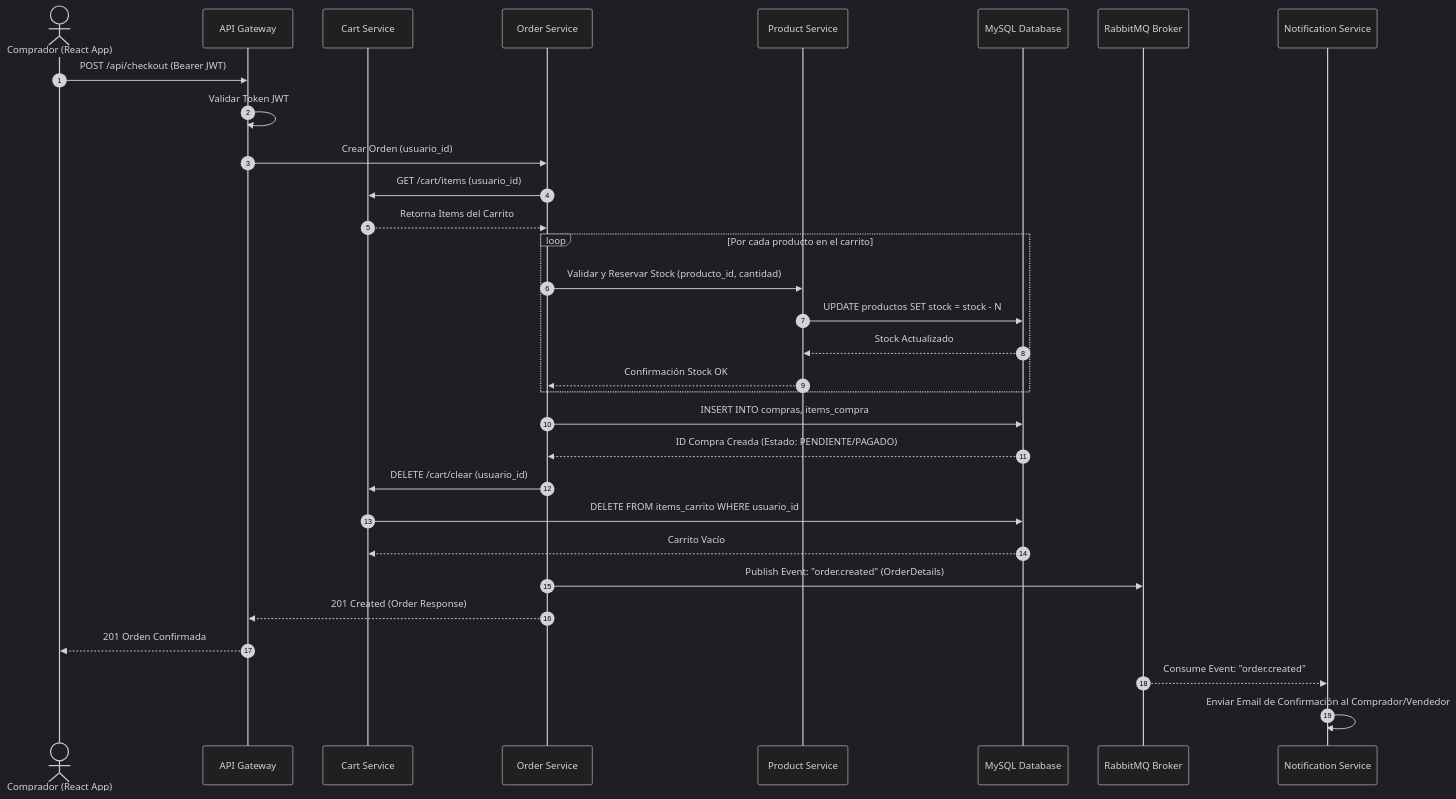
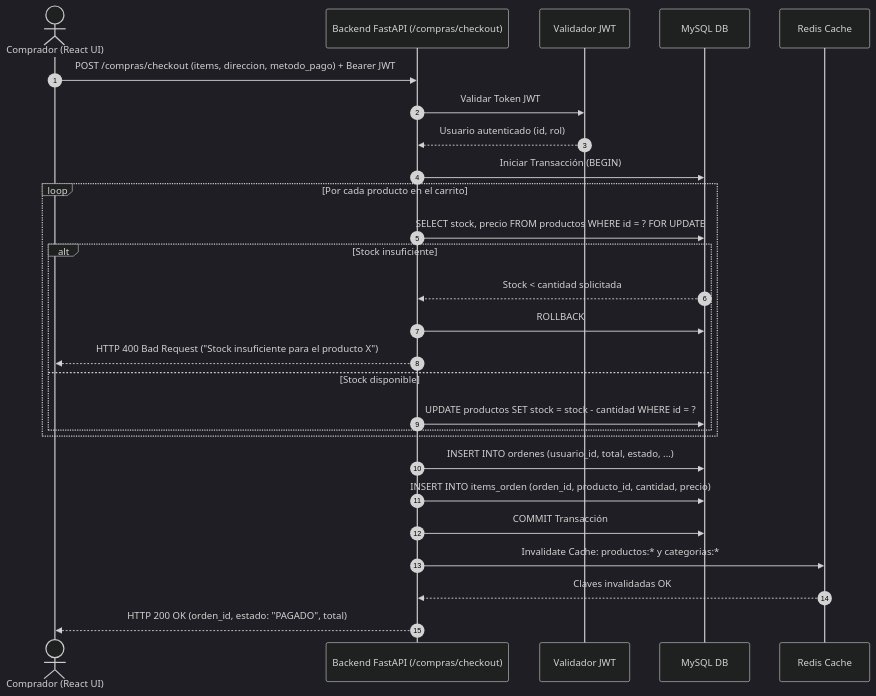
One commit to valerypena/proyectosena changed the fourth of 9 diagrams in docs/UML_DIAGRAMS.md. Above: the diagram before and after it, drawn with Mermaid (dark theme). The commit also changed other lines of this file and 10 other files, not shown here.

````diff
--- a/docs/UML_DIAGRAMS.md
+++ b/docs/UML_DIAGRAMS.md
@@ -294,40 +301,35 @@
 ```mermaid
 sequenceDiagram
     autonumber
-    actor Cliente as Comprador (React App)
-    participant Gateway as API Gateway
-    participant CartSvc as Cart Service
-    participant OrderSvc as Order Service
-    participant ProductSvc as Product Service
-    participant DB as MySQL Database
-    participant MQ as RabbitMQ Broker
-    participant NotifSvc as Notification Service
+    actor Cliente as Comprador (React UI)
+    participant API as Backend FastAPI (/compras/checkout)
+    participant Auth as Validador JWT
+    participant DB as MySQL DB
+    participant Cache as Redis Cache
 
-    Cliente->>Gateway: POST /api/checkout (Bearer JWT)
-    Gateway->>Gateway: Validar Token JWT
-    Gateway->>OrderSvc: Crear Orden (usuario_id)
-
-    OrderSvc->>CartSvc: GET /cart/items (usuario_id)
-    CartSvc-->>OrderSvc: Retorna Items del Carrito
-
+    Cliente->>API: POST /compras/checkout (items, direccion, metodo_pago) + Bearer JWT
+    API->>Auth: Validar Token JWT
+    Auth-->>API: Usuario autenticado (id, rol)
+    
+    API->>DB: Iniciar Transacción (BEGIN)
+    
     loop Por cada producto en el carrito
-        OrderSvc->>ProductSvc: Validar y Reservar Stock (producto_id, cantidad)
-        ProductSvc->>DB: UPDATE productos SET stock = stock - N
-        DB-->>ProductSvc: Stock Actualizado
-        ProductSvc-->>OrderSvc: Confirmación Stock OK
+        API->>DB: SELECT stock, precio FROM productos WHERE id = ? FOR UPDATE
+        alt Stock insuficiente
+            DB-->>API: Stock < cantidad solicitada
+            API->>DB: ROLLBACK
+            API-->>Cliente: HTTP 400 Bad Request ("Stock insuficiente para el producto X")
+        else Stock disponible
+            API->>DB: UPDATE productos SET stock = stock - cantidad WHERE id = ?
+        end
     end
 
-    OrderSvc->>DB: INSERT INTO compras, items_compra
-    DB-->>OrderSvc: ID Compra Creada (Estado: PENDIENTE/PAGADO)
+    API->>DB: INSERT INTO ordenes (usuario_id, total, estado, ...)
+    API->>DB: INSERT INTO items_orden (orden_id, producto_id, cantidad, precio)
+    API->>DB: COMMIT Transacción
 
-    OrderSvc->>CartSvc: DELETE /cart/clear (usuario_id)
-    CartSvc->>DB: DELETE FROM items_carrito WHERE usuario_id
-    DB-->>CartSvc: Carrito Vacío
+    API->>Cache: Invalidate Cache: productos:* y categorias:*
+    Cache-->>API: Claves invalidadas OK
 
-    OrderSvc->>MQ: Publish Event: "order.created" (OrderDetails)
-    OrderSvc-->>Gateway: 201 Created (Order Response)
-    Gateway-->>Cliente: 201 Orden Confirmada
-
-    MQ-->>NotifSvc: Consume Event: "order.created"
-    NotifSvc->>NotifSvc: Enviar Email de Confirmación al Comprador/Vendedor
+    API-->>Cliente: HTTP 200 OK (orden_id, estado: "PAGADO", total)
 ```
````
